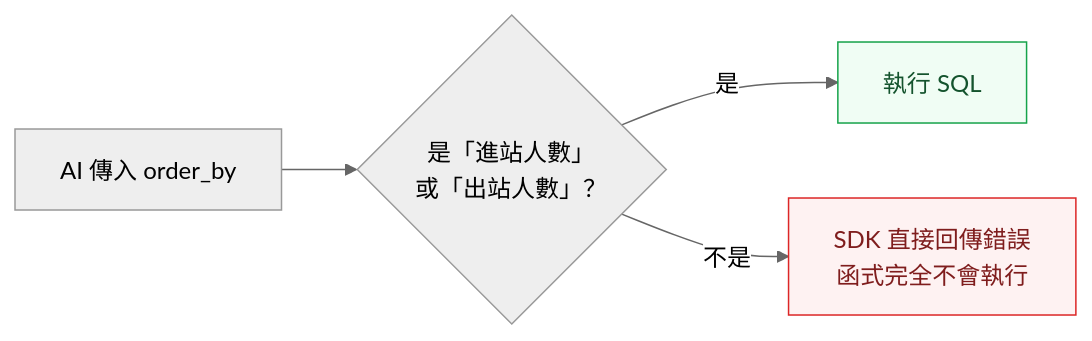
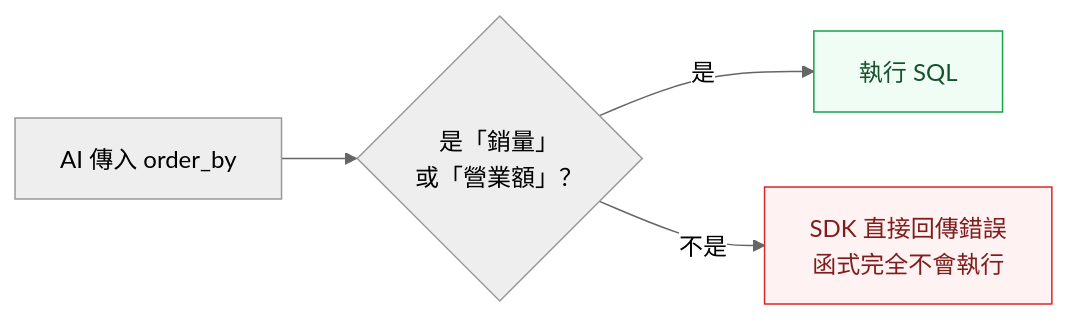
Before and after one commit to roberthsu2003/postgreSQL_MCP: the third of 3 diagrams in mcp_server/1_用AI建立MCP_server/README.md, drawn with Mermaid (neutral theme). The commit also changed other lines of this file and 67 other files, not shown here.

````diff
--- a/mcp_server/1_用AI建立MCP_server/README.md
+++ b/mcp_server/1_用AI建立MCP_server/README.md
@@ -224,11 +227,11 @@
 ```mermaid
 flowchart LR
-    IN["AI 傳入 order_by"] --> C{"是「進站人數」<br/>或「出站人數」？"}
+    IN["AI 傳入 order_by"] --> C{"是「銷量」<br/>或「營業額」？"}
     C -->|是| RUN["執行 SQL"]
     C -->|不是| STOP["SDK 直接回傳錯誤<br/>函式完全不會執行"]
 
     classDef ok fill:#f0fdf4,stroke:#16a34a,color:#14532d
     classDef bad fill:#fef2f2,stroke:#dc2626,color:#7f1d1d
     class RUN ok
     class STOP bad
 ```
````
